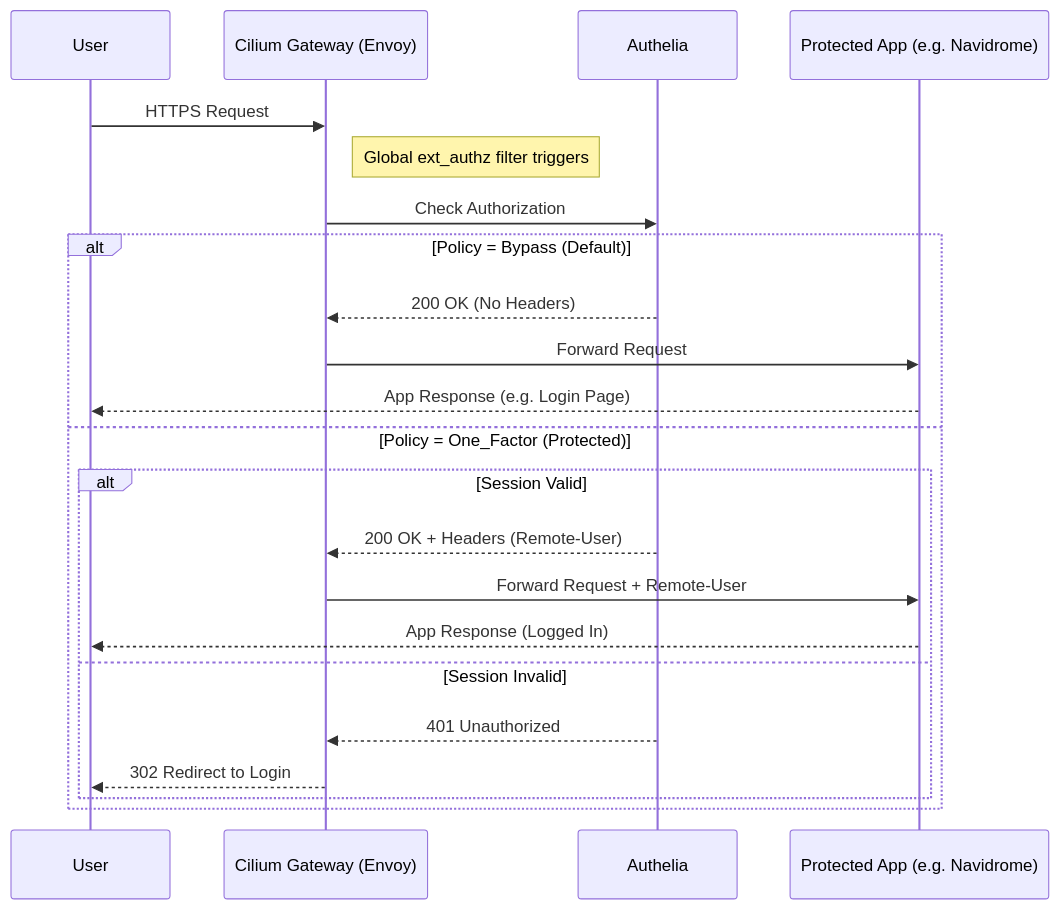
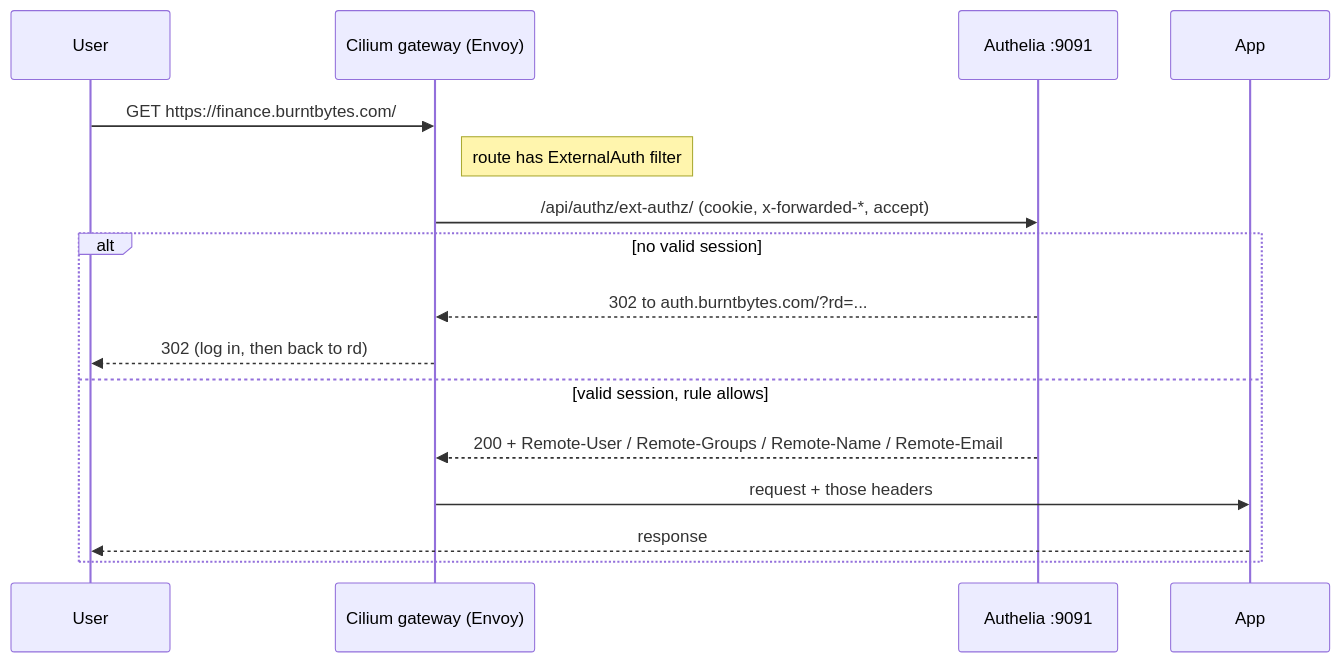
The diagram in docs/architecture/gateway-auth.md (gjcourt/homelab), drawn with Mermaid before and after one commit. The commit also changed other lines of this file and 18 other files, not shown here.

First line of the commit message:
chore(gateway): remove dead CCEC, document per-route Authelia gate

````diff
--- a/docs/architecture/gateway-auth.md
+++ b/docs/architecture/gateway-auth.md
@@ -22,26 +33,19 @@
 ```mermaid
 sequenceDiagram
     participant User
-    participant Gateway as Cilium Gateway (Envoy)
-    participant Authelia
-    participant App as Protected App (e.g. Navidrome)
+    participant GW as Cilium gateway (Envoy)
+    participant A as Authelia :9091
+    participant App
 
-    User->>Gateway: HTTPS Request
-    Note right of Gateway: Global ext_authz filter triggers
-    Gateway->>Authelia: Check Authorization
-
-    alt Policy = Bypass (Default)
-        Authelia-->>Gateway: 200 OK (No Headers)
-        Gateway->>App: Forward Request
-        App-->>User: App Response (e.g. Login Page)
-    else Policy = One_Factor (Protected)
-        alt Session Valid
-            Authelia-->>Gateway: 200 OK + Headers (Remote-User)
-            Gateway->>App: Forward Request + Remote-User
-            App-->>User: App Response (Logged In)
-        else Session Invalid
-            Authelia-->>Gateway: 401 Unauthorized
-            Gateway-->>User: 302 Redirect to Login
-        end
+    User->>GW: GET https://finance.burntbytes.com/
+    Note right of GW: route has ExternalAuth filter
+    GW->>A: /api/authz/ext-authz/ (cookie, x-forwarded-*, accept)
+    alt no valid session
+        A-->>GW: 302 to auth.burntbytes.com/?rd=...
+        GW-->>User: 302 (log in, then back to rd)
+    else valid session, rule allows
+        A-->>GW: 200 + Remote-User / Remote-Groups / Remote-Name / Remote-Email
+        GW->>App: request + those headers
+        App-->>User: response
     end
 ```
````
